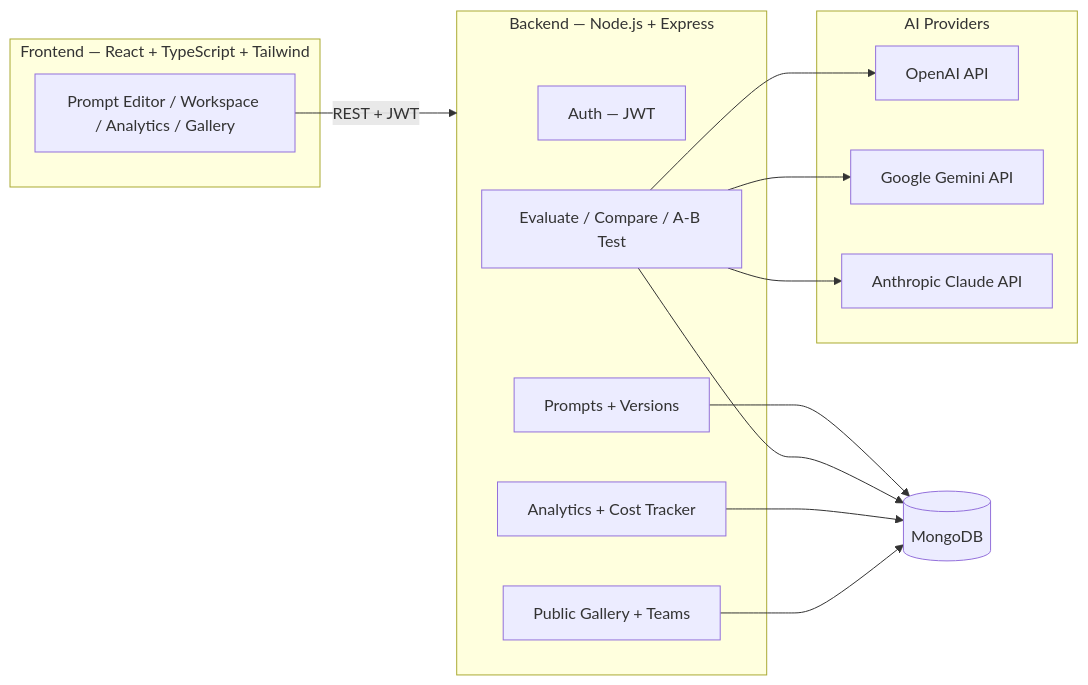
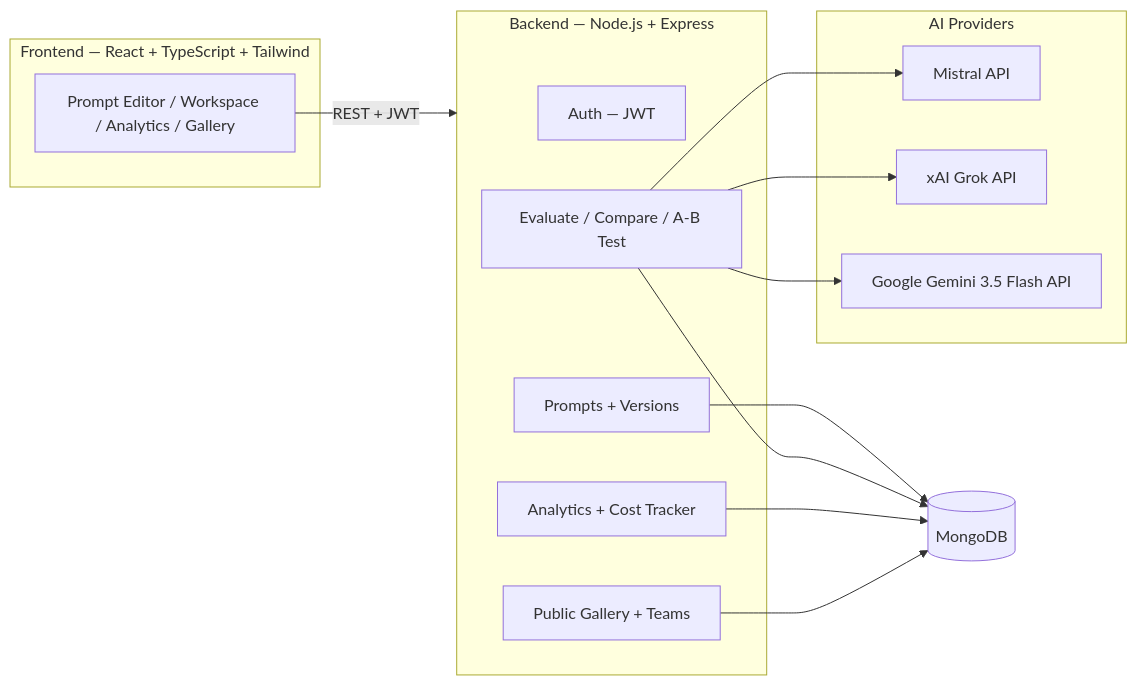
The first of 2 diagrams in README.md (VibeCoder1-afk/Promptforge), drawn with Mermaid before and after one commit. The commit also changed other lines of this file, not shown here.

Commit message:
Update AI provider references in README

````diff
--- a/README.md
+++ b/README.md
@@ -19,31 +19,31 @@
 ```mermaid
 flowchart LR
     subgraph Client["Frontend — React + TypeScript + Tailwind"]
         UI[Prompt Editor / Workspace / Analytics / Gallery]
     end
 
     subgraph API["Backend — Node.js + Express"]
         Auth[Auth — JWT]
         Prompts[Prompts + Versions]
         Eval[Evaluate / Compare / A-B Test]
         Analytics[Analytics + Cost Tracker]
         Gallery[Public Gallery + Teams]
     end
 
     subgraph Providers["AI Providers"]
-        OpenAI[OpenAI API]
-        Gemini[Google Gemini API]
-        Claude[Anthropic Claude API]
+        Mistral[Mistral API]
+        Grok[xAI Grok API]
+        Gemini[Google Gemini 3.5 Flash API]
     end
 
     DB[(MongoDB)]
 
     UI -->|REST + JWT| API
     Prompts --> DB
     Eval --> DB
     Analytics --> DB
     Gallery --> DB
-    Eval --> OpenAI
+    Eval --> Mistral
+    Eval --> Grok
     Eval --> Gemini
-    Eval --> Claude
 ```
````
